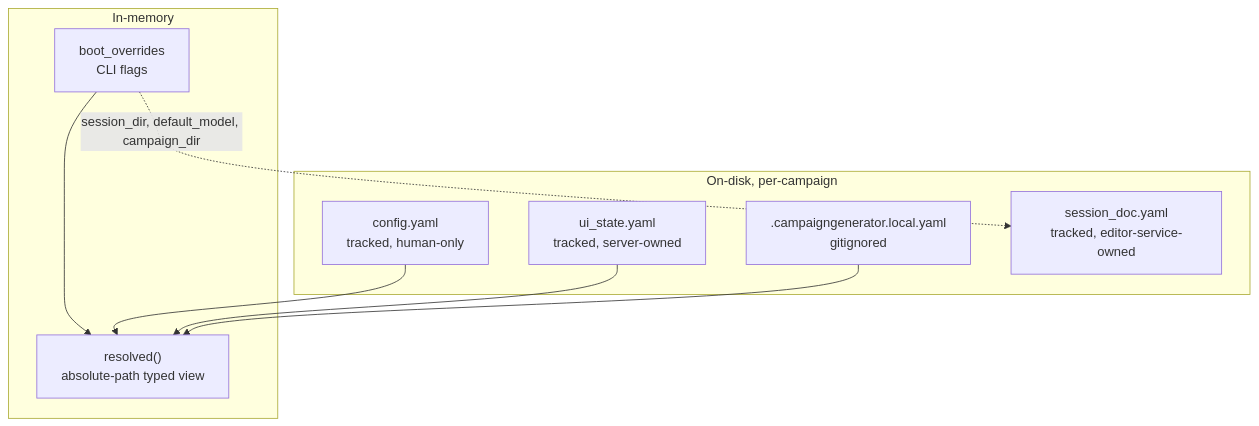
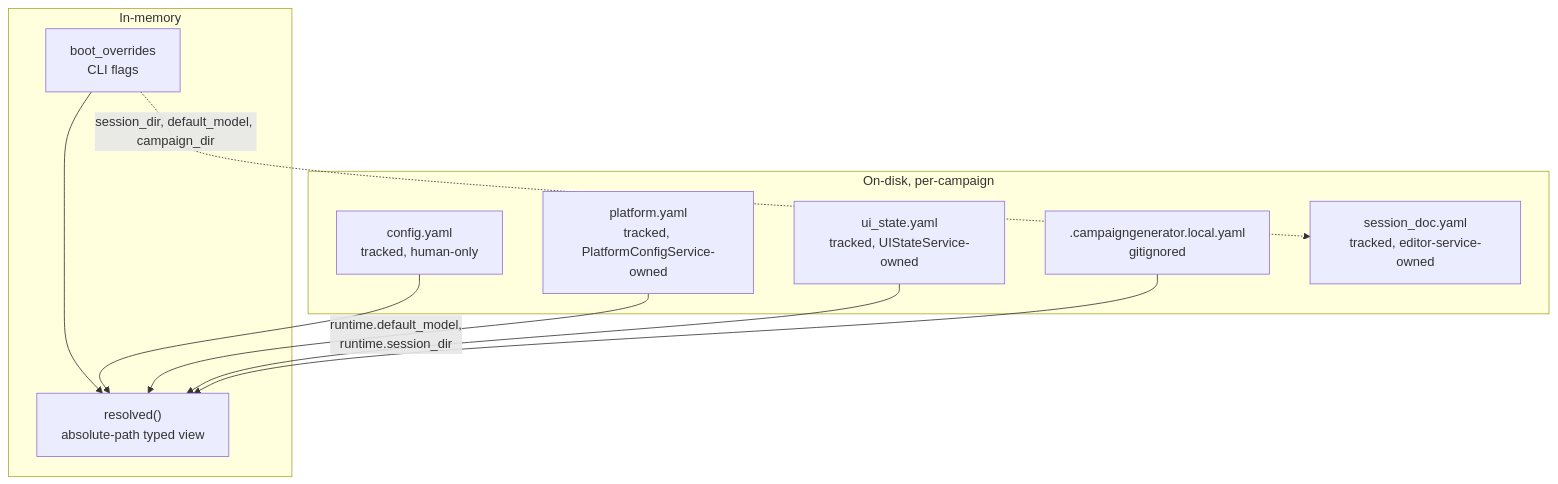
One commit to kostadis/CampaignGenerator changed the diagram in docs/config/schema.md. Above: the diagram before and after it, drawn with Mermaid. The commit also changed other lines of this file and 5 other files, not shown here.

````diff
--- a/docs/config/schema.md
+++ b/docs/config/schema.md
@@ -11,18 +16,20 @@
 ```mermaid
 flowchart TB
   subgraph disk[On-disk, per-campaign]
     CY["config.yaml<br/>tracked, human-only"]
-    US["ui_state.yaml<br/>tracked, server-owned"]
+    PY["platform.yaml<br/>tracked, PlatformConfigService-owned"]
+    US["ui_state.yaml<br/>tracked, UIStateService-owned"]
     LC[".campaigngenerator.local.yaml<br/>gitignored"]
     SD["session_doc.yaml<br/>tracked, editor-service-owned"]
   end
   subgraph mem[In-memory]
     BO["boot_overrides<br/>CLI flags"]
     RES["resolved()<br/>absolute-path typed view"]
   end
   CY --> RES
+  PY -->|runtime.default_model,<br/>runtime.session_dir| RES
   US --> RES
   BO --> RES
   LC --> RES
   BO -.->|session_dir, default_model, campaign_dir| SD
 ```
````
